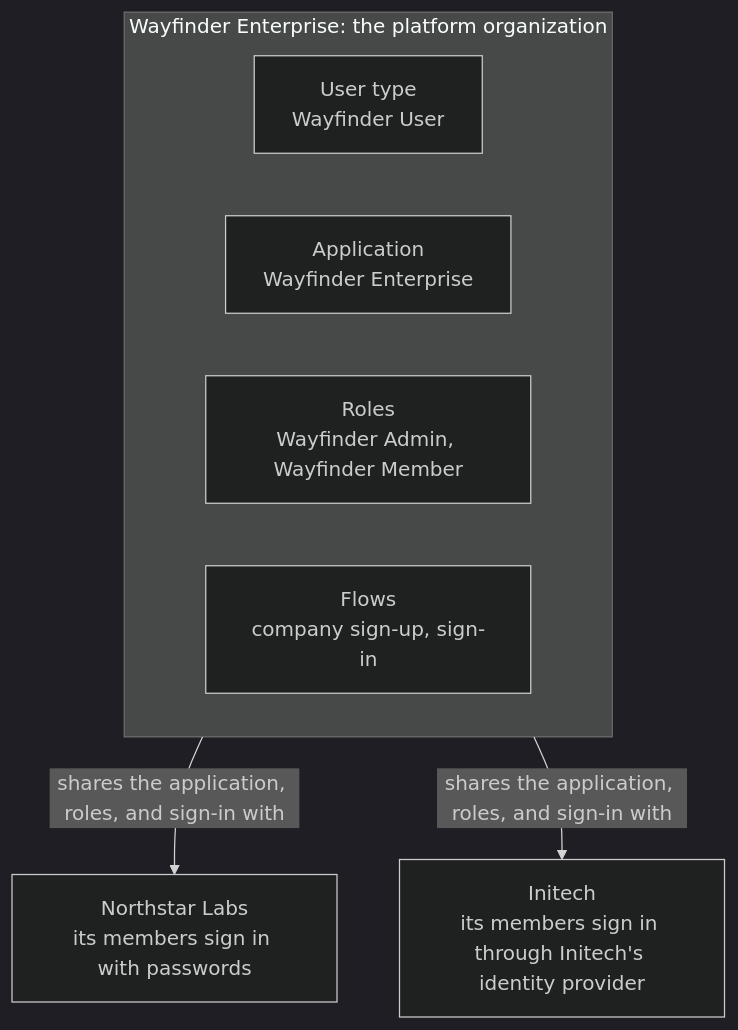
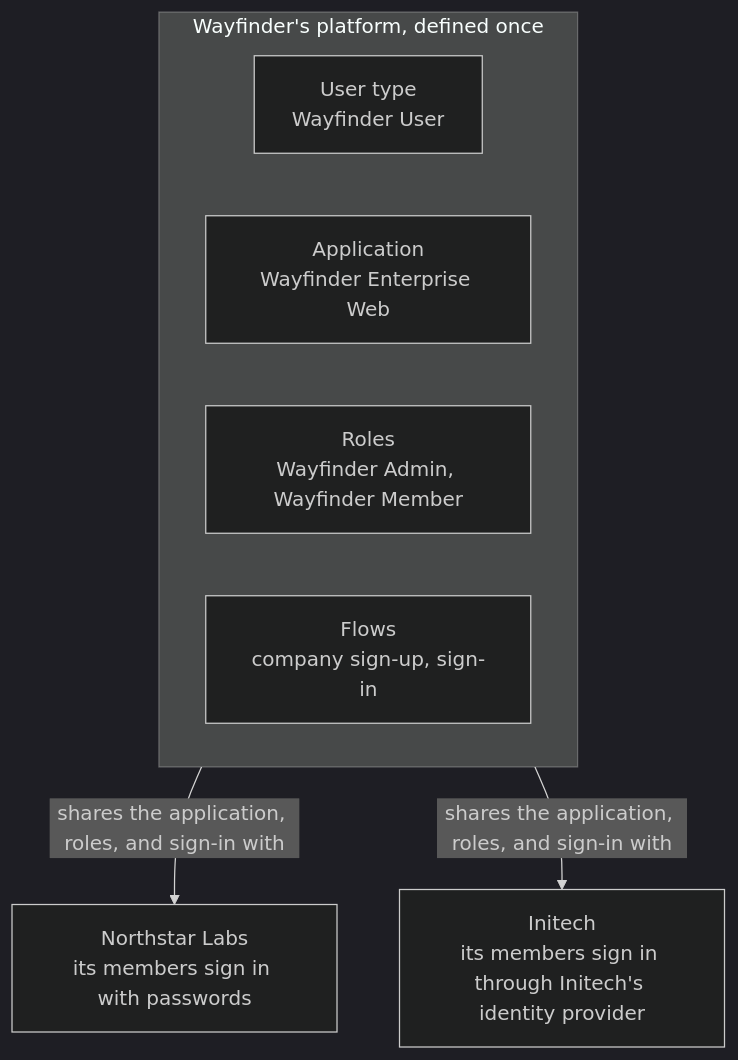
One commit to thunder-id/thunderid changed the diagram in docs/content/use-cases/b2b/concepts.mdx. Above: the diagram before and after it, drawn with Mermaid (dark theme). The commit also changed other lines of this file and 12 other files, not shown here.

````diff
--- a/docs/content/use-cases/b2b/concepts.mdx
+++ b/docs/content/use-cases/b2b/concepts.mdx
@@ -20,15 +20,15 @@
 ```mermaid
 flowchart TD
-  subgraph platform["Wayfinder Enterprise: the platform organization"]
+  subgraph platform["Wayfinder's platform, defined once"]
     direction LR
     usertype["User type<br/>Wayfinder User"]
-    application["Application<br/>Wayfinder Enterprise"]
+    application["Application<br/>Wayfinder Enterprise Web"]
     roles["Roles<br/>Wayfinder Admin, Wayfinder Member"]
     flows["Flows<br/>company sign-up, sign-in"]
   end
   northstar["Northstar Labs<br/>its members sign in with passwords"]
   initech["Initech<br/>its members sign in through Initech's identity provider"]
 
   platform -->|shares the application, roles, and sign-in with| northstar
   platform -->|shares the application, roles, and sign-in with| initech
 ```
````
